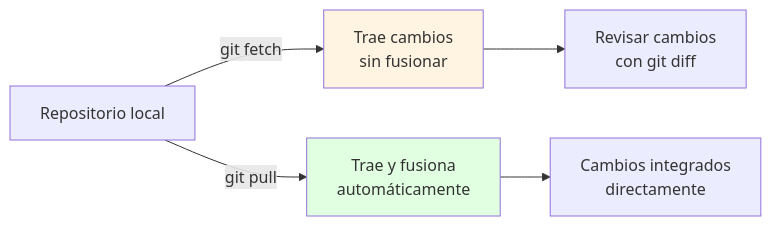
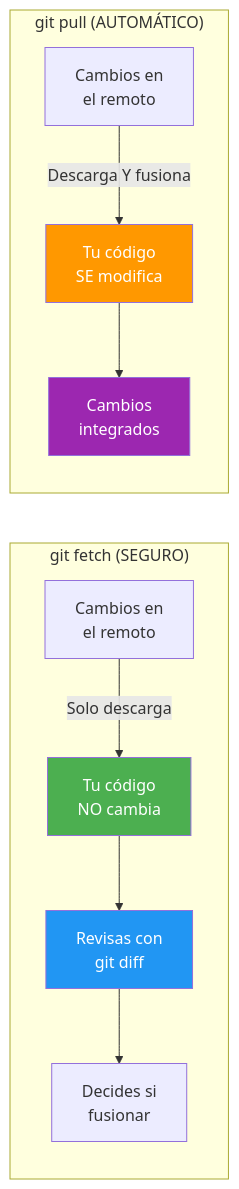
Before and after one commit to joseluisgs/EntornosDesarrollo-03-2026-2027: the fourth of 5 diagrams in 03-git-remoto.md, drawn with Mermaid. The commit also changed other lines of this file and 5 other files, not shown here.

First line of the commit message:
feat(UD03): Maquetación completa + ampliación con metáforas, gitGraph y pros/contras

````diff
--- a/03-git-remoto.md
+++ b/03-git-remoto.md
@@ -168,11 +402,18 @@
 ```mermaid
 graph LR
-    A[Repositorio local] -->|git fetch| B[Trae cambios<br/>sin fusionar]
-    A -->|git pull| C[Trae y fusiona<br/>automáticamente]
-    
-    B --> D[Revisar cambios<br/>con git diff]
-    C --> E[Cambios integrados<br/>directamente]
-    
-    style B fill:#fff4e1
-    style C fill:#e1ffe1
+    subgraph "git fetch (SEGURO)"
+        A[Cambios en<br/>el remoto] -->|Solo descarga| B[Tu código<br/>NO cambia]
+        B --> C[Revisas con<br/>git diff]
+        C --> D[Decides si<br/>fusionar]
+    end
+
+    subgraph "git pull (AUTOMÁTICO)"
+        E[Cambios en<br/>el remoto] -->|Descarga Y fusiona| F[Tu código<br/>SE modifica]
+        F --> G[Cambios<br/>integrados]
+    end
+
+    style B fill:#4CAF50,color:#fff
+    style F fill:#FF9800,color:#fff
+    style C fill:#2196F3,color:#fff
+    style G fill:#9C27B0,color:#fff
 ```
````
